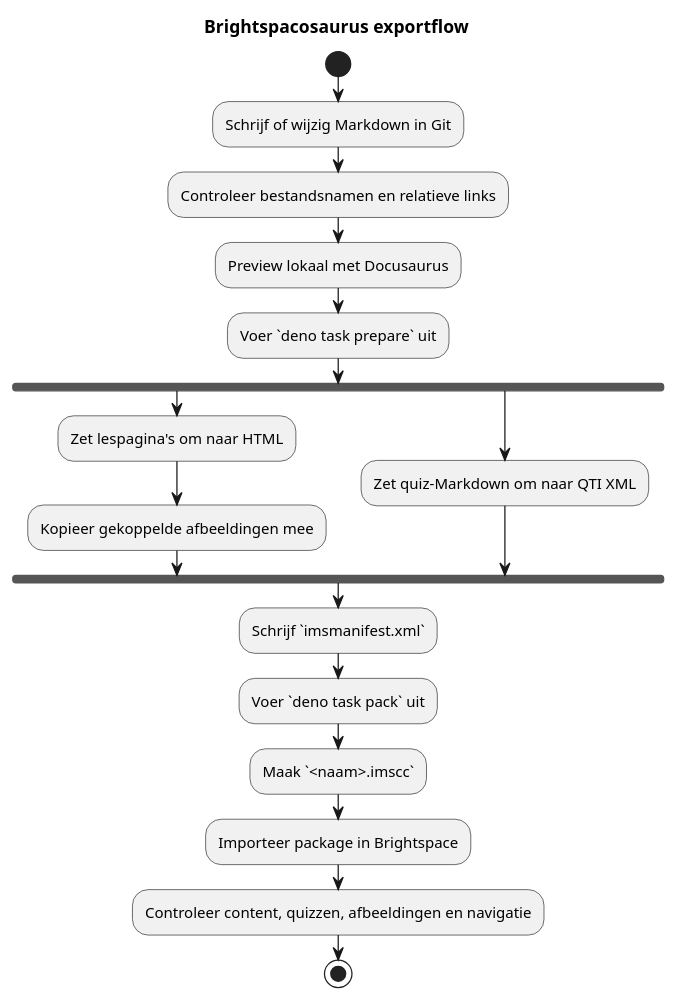
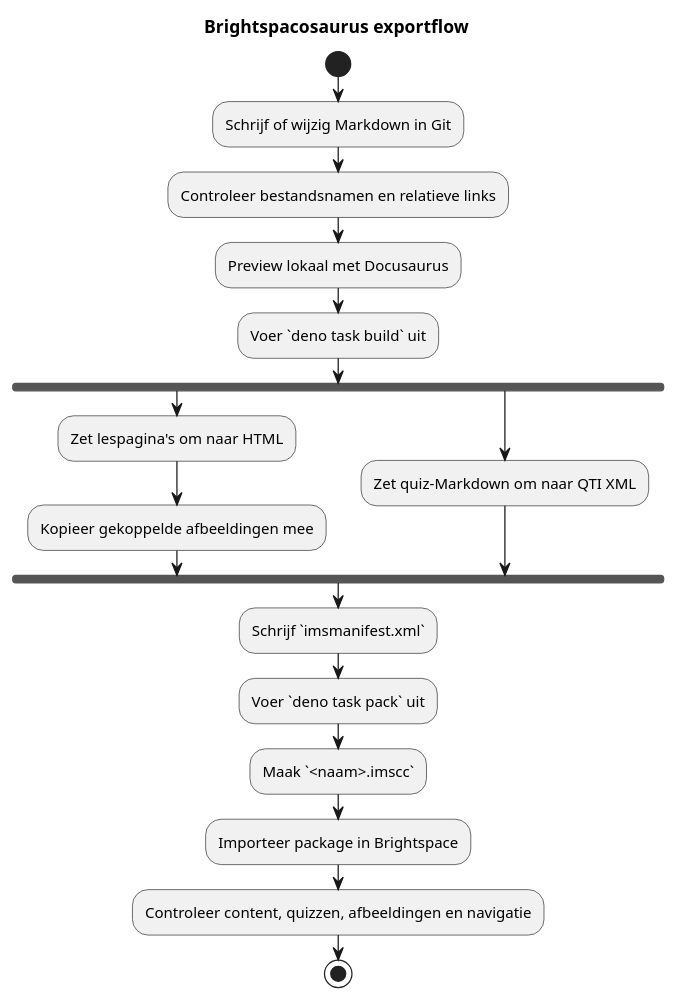
Before and after one commit to bartvanderwal/brightspacosaurus: the diagram in docs/user-manual.md, drawn with PlantUML. The commit also changed other lines of this file and 6 other files, not shown here.

````diff
--- a/docs/user-manual.md
+++ b/docs/user-manual.md
@@ -462,23 +466,23 @@
 ```plantuml
 @startuml
 title Brightspacosaurus exportflow
 
 start
 :Schrijf of wijzig Markdown in Git;
 :Controleer bestandsnamen en relatieve links;
 :Preview lokaal met Docusaurus;
-:Voer `deno task prepare` uit;
+:Voer `deno task build` uit;
 fork
   :Zet lespagina's om naar HTML;
   :Kopieer gekoppelde afbeeldingen mee;
 fork again
   :Zet quiz-Markdown om naar QTI XML;
 end fork
 :Schrijf `imsmanifest.xml`;
 :Voer `deno task pack` uit;
 :Maak `<naam>.imscc`;
 :Importeer package in Brightspace;
 :Controleer content, quizzen, afbeeldingen en navigatie;
 stop
 @enduml
 ```
````
